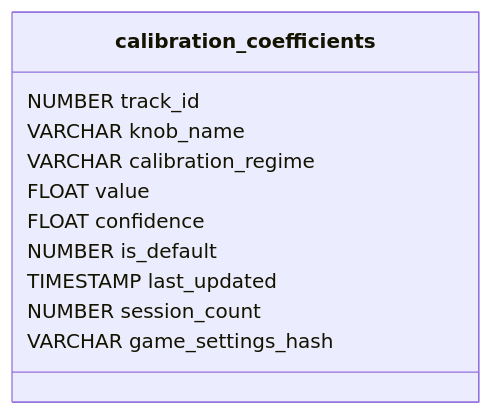
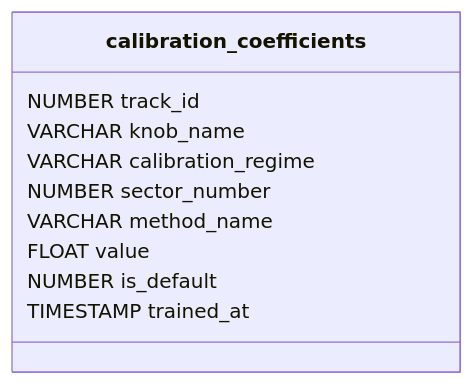
One commit to vmleon/f12025-race-strategy-simulation changed the fourth of 4 diagrams in design/05-CALIBRATION.md. Above: the diagram before and after it, drawn with Mermaid. The commit also changed other lines of this file and 4 other files, not shown here.

````diff
--- a/design/05-CALIBRATION.md
+++ b/design/05-CALIBRATION.md
@@ -487,14 +459,13 @@
 ```mermaid
 classDiagram
     class calibration_coefficients {
         NUMBER track_id
         VARCHAR knob_name
         VARCHAR calibration_regime
+        NUMBER sector_number
+        VARCHAR method_name
         FLOAT value
-        FLOAT confidence
         NUMBER is_default
-        TIMESTAMP last_updated
-        NUMBER session_count
-        VARCHAR game_settings_hash
+        TIMESTAMP trained_at
     }
 ```
````
